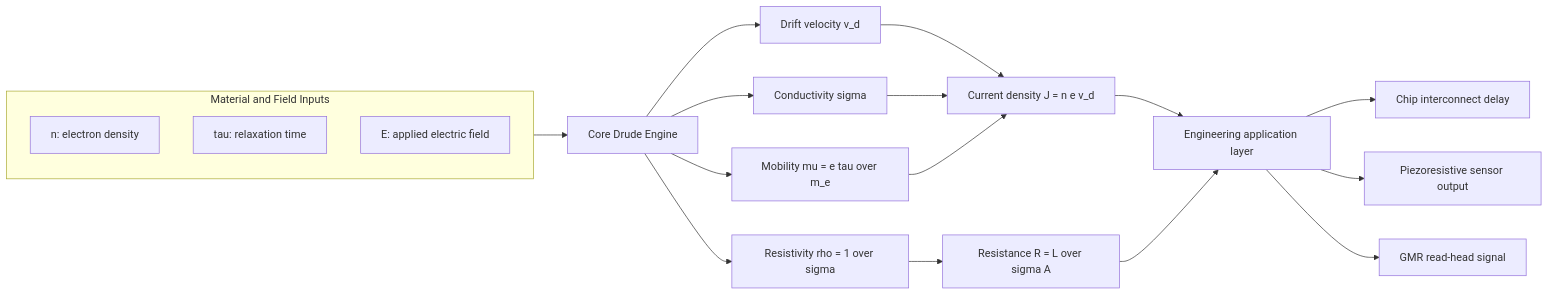
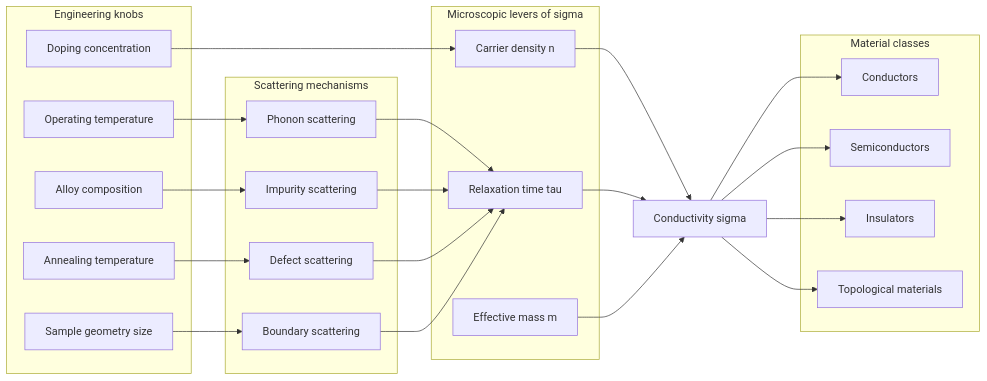
The second of 3 diagrams in public/notes/computer-science-and-engineering/semester-1/gapht121-physics-for-information-science/01-module-1-electrical-conductivity/electrical-conductivity/notes.md (vishnuu-kr/ktunode), drawn with Mermaid before and after one commit. The commit also changed other lines of this file and 4829 other files, not shown here.

````diff
--- a/public/notes/computer-science-and-engineering/semester-1/gapht121-physics-for-information-science/01-module-1-electrical-conductivity/electrical-conductivity/notes.md
+++ b/public/notes/computer-science-and-engineering/semester-1/gapht121-physics-for-information-science/01-module-1-electrical-conductivity/electrical-conductivity/notes.md
@@ -345,25 +517,48 @@
 ```mermaid
 flowchart LR
-    subgraph INPUTS[Material and Field Inputs]
-        I1[n: electron density]
-        I2[tau: relaxation time]
-        I3[E: applied electric field]
+    subgraph MICRO["Microscopic levers of sigma"]
+        N[Carrier density n]
+        TAU[Relaxation time tau]
+        MEFF[Effective mass m]
     end
 
-    INPUTS --> CORE[Core Drude Engine]
-    CORE --> O1[Drift velocity v_d]
-    CORE --> O2[Conductivity sigma]
-    CORE --> O3[Resistivity rho = 1 over sigma]
-    CORE --> O4[Mobility mu = e tau over m_e]
+    subgraph SCAT["Scattering mechanisms"]
+        S1[Phonon scattering]
+        S2[Impurity scattering]
+        S3[Defect scattering]
+        S4[Boundary scattering]
+    end
 
-    O1 --> J[Current density J = n e v_d]
-    O2 --> J
-    O3 --> R[Resistance R = L over sigma A]
-    O4 --> J
+    subgraph ENG["Engineering knobs"]
+        E1[Doping concentration]
+        E2[Alloy composition]
+        E3[Annealing temperature]
+        E4[Sample geometry size]
+        E5[Operating temperature]
+    end
 
-    J --> APP[Engineering application layer]
-    R --> APP
-    APP --> A1[Chip interconnect delay]
-    APP --> A2[Piezoresistive sensor output]
-    APP --> A3[GMR read-head signal]
+    subgraph MAT["Material classes"]
+        M1[Conductors]
+        M2[Semiconductors]
+        M3[Insulators]
+        M4[Topological materials]
+    end
+
+    E1 --> N
+    E2 --> S2
+    E3 --> S3
+    E4 --> S4
+    E5 --> S1
+
+    S1 --> TAU
+    S2 --> TAU
+    S3 --> TAU
+    S4 --> TAU
+    N --> SIGMA[Conductivity sigma]
+    TAU --> SIGMA
+    MEFF --> SIGMA
+    SIGMA --> M1
+    SIGMA --> M2
+    SIGMA --> M3
+    SIGMA --> M4
 ```
````
